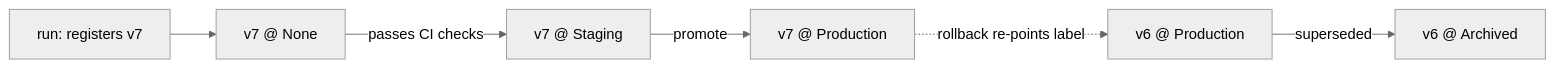
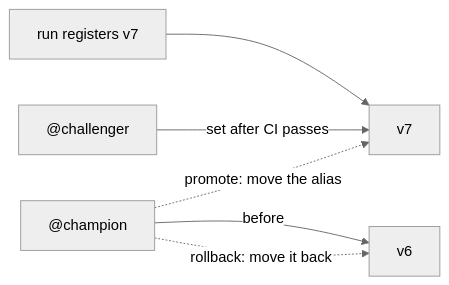
The diagram in content/I-mlops/I2/model-registry.mdx (luanmoura-aimanager/ai-knowledge-tree), drawn with Mermaid (neutral theme) before and after one commit. The commit also changed other lines of this file and 41 other files, not shown here.

````diff
--- a/content/I-mlops/I2/model-registry.mdx
+++ b/content/I-mlops/I2/model-registry.mdx
@@ -40,8 +42,8 @@
 ```mermaid
 graph LR
-  R["run: registers v7"] --> N["v7 @ None"]
-  N -->|"passes CI checks"| S["v7 @ Staging"]
-  S -->|"promote"| P["v7 @ Production"]
-  P2["v6 @ Production"] -->|"superseded"| AR["v6 @ Archived"]
-  P -.->|"rollback re-points label"| P2
+  R["run registers v7"] --> V7["v7"]
+  C["@challenger"] -->|"set after CI passes"| V7
+  CH["@champion"] -->|"before"| V6["v6"]
+  CH -.->|"promote: move the alias"| V7
+  CH -.->|"rollback: move it back"| V6
 ```
````
